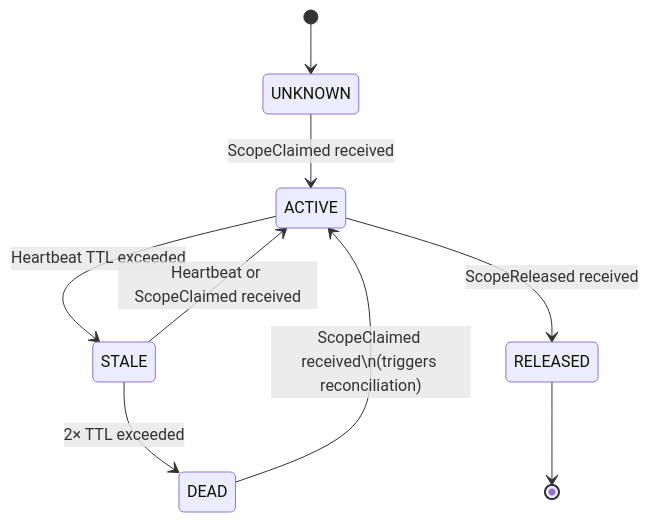
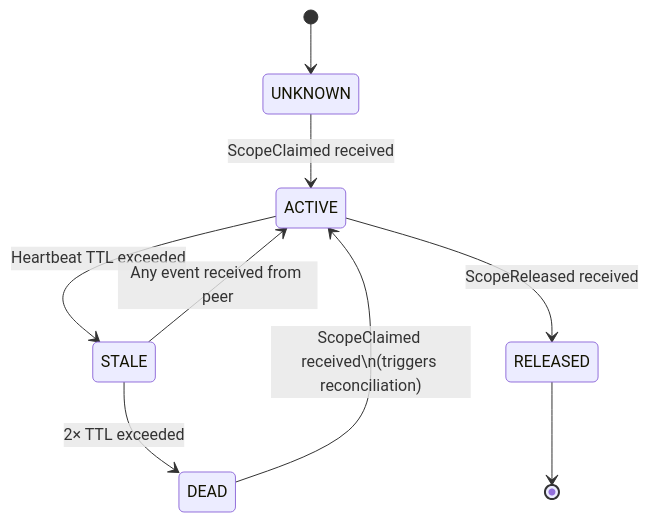
One commit to emirbh/misc changed the seventh of 19 diagrams in data-model-registry/dmr-sync-design.md. Above: the diagram before and after it, drawn with Mermaid. The commit also changed other lines of this file, not shown here.

````diff
--- a/data-model-registry/dmr-sync-design.md
+++ b/data-model-registry/dmr-sync-design.md
@@ -162,12 +278,12 @@
 ```mermaid
 stateDiagram-v2
     [*] --> UNKNOWN
 
     UNKNOWN --> ACTIVE : ScopeClaimed received
     ACTIVE --> STALE : Heartbeat TTL exceeded
-    STALE --> ACTIVE : Heartbeat or ScopeClaimed received
+    STALE --> ACTIVE : Any event received from peer
     STALE --> DEAD : 2× TTL exceeded
     DEAD --> ACTIVE : ScopeClaimed received\n(triggers reconciliation)
     ACTIVE --> RELEASED : ScopeReleased received
     RELEASED --> [*]
 ```
````
